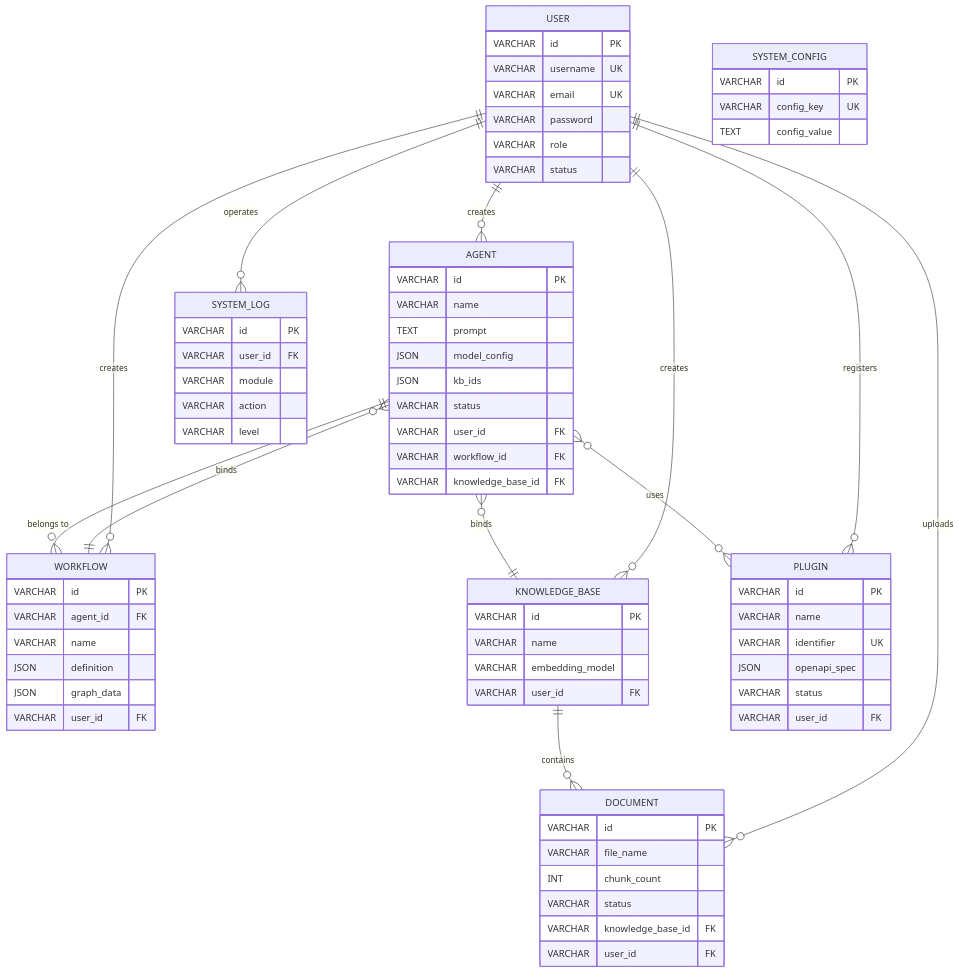
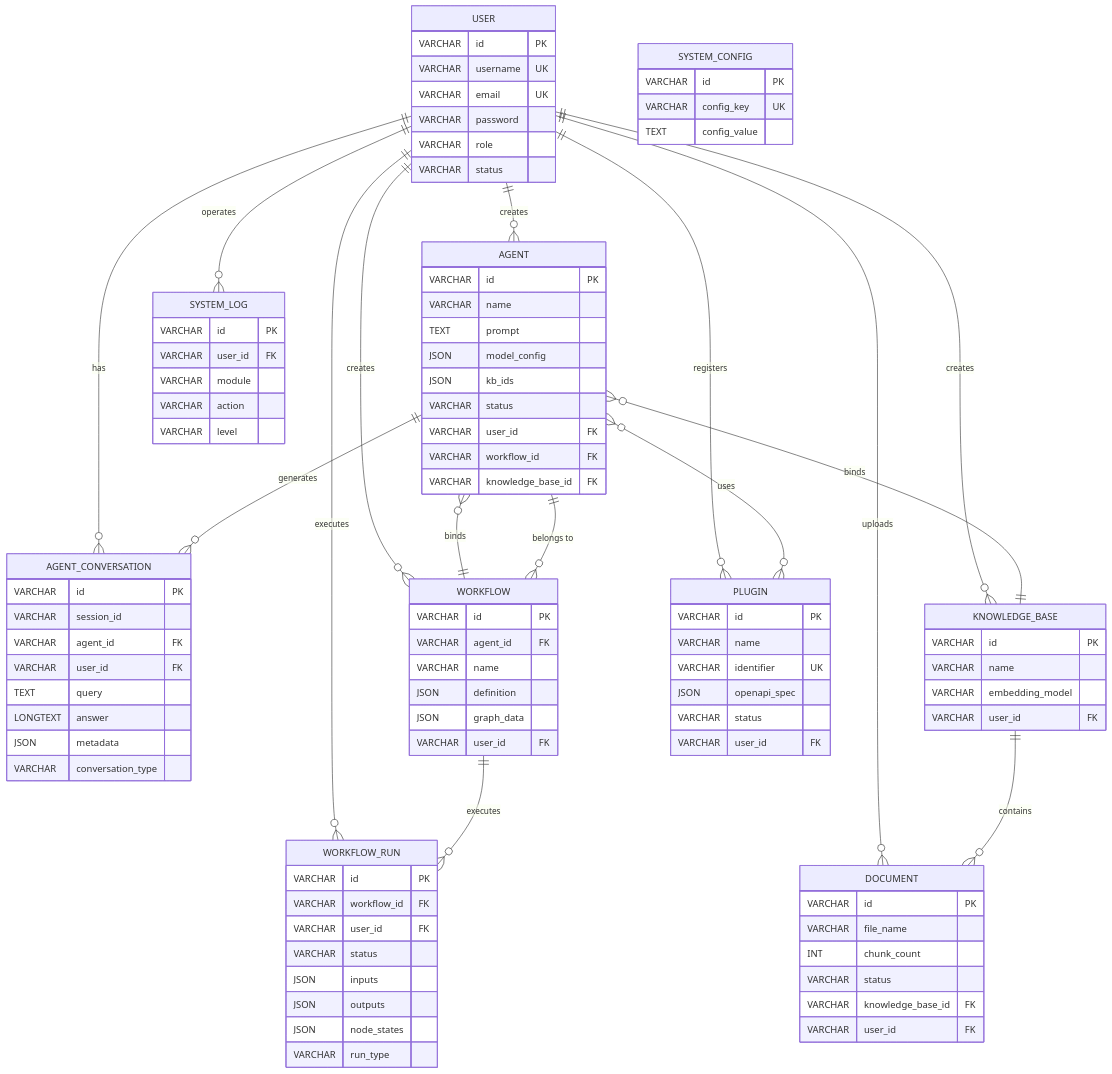
Before and after one commit to AquaArthur/ai-agent-platform: the diagram in docs/database.md, drawn with Mermaid. The commit also changed other lines of this file, not shown here.

````diff
--- a/docs/database.md
+++ b/docs/database.md
@@ -270,6 +326,16 @@
         VARCHAR workflow_id FK
         VARCHAR knowledge_base_id FK
     }
+    AGENT_CONVERSATION {
+        VARCHAR id PK
+        VARCHAR session_id
+        VARCHAR agent_id FK
+        VARCHAR user_id FK
+        TEXT query
+        LONGTEXT answer
+        JSON metadata
+        VARCHAR conversation_type
+    }
     WORKFLOW {
         VARCHAR id PK
         VARCHAR agent_id FK
@@ -277,6 +343,16 @@
         JSON definition
         JSON graph_data
         VARCHAR user_id FK
+    }
+    WORKFLOW_RUN {
+        VARCHAR id PK
+        VARCHAR workflow_id FK
+        VARCHAR user_id FK
+        VARCHAR status
+        JSON inputs
+        JSON outputs
+        JSON node_states
+        VARCHAR run_type
     }
     KNOWLEDGE_BASE {
         VARCHAR id PK
@@ -314,14 +390,18 @@
     }
     
     USER ||--o{ AGENT : "creates"
+    USER ||--o{ AGENT_CONVERSATION : "has"
     USER ||--o{ WORKFLOW : "creates"
+    USER ||--o{ WORKFLOW_RUN : "executes"
     USER ||--o{ KNOWLEDGE_BASE : "creates"
     USER ||--o{ DOCUMENT : "uploads"
     USER ||--o{ PLUGIN : "registers"
     USER ||--o{ SYSTEM_LOG : "operates"
+    AGENT ||--o{ AGENT_CONVERSATION : "generates"
     AGENT }o--|| WORKFLOW : "binds"
     AGENT }o--|| KNOWLEDGE_BASE : "binds"
     AGENT }o--o{ PLUGIN : "uses"
     WORKFLOW }o--|| AGENT : "belongs to"
+    WORKFLOW ||--o{ WORKFLOW_RUN : "executes"
     KNOWLEDGE_BASE ||--o{ DOCUMENT : "contains"
 ```
````
